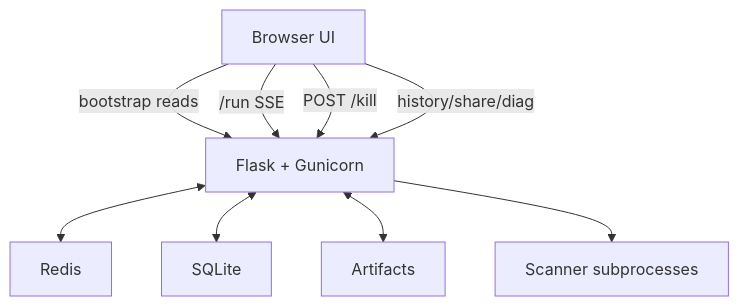
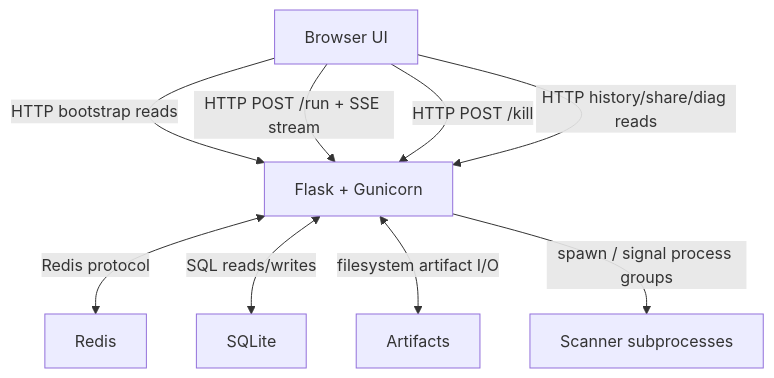
One commit to darklab-sh/darklab-shell changed the second of 6 diagrams in ARCHITECTURE.md. Above: the diagram before and after it, drawn with Mermaid. The commit also changed other lines of this file and 79 other files, not shown here.

````diff
--- a/ARCHITECTURE.md
+++ b/ARCHITECTURE.md
@@ -85,19 +88,19 @@
 ```mermaid
 flowchart TB
   Browser["Browser UI"]
   Flask["Flask + Gunicorn"]
   Redis["Redis"]
   SQLite["SQLite"]
   Artifacts["Artifacts"]
   Scanner["Scanner subprocesses"]
 
-  Browser -->|bootstrap reads| Flask
-  Browser -->|/run SSE| Flask
-  Browser -->|POST /kill| Flask
-  Browser -->|history/share/diag| Flask
+  Browser -->|HTTP bootstrap reads| Flask
+  Browser -->|HTTP POST /run + SSE stream| Flask
+  Browser -->|HTTP POST /kill| Flask
+  Browser -->|HTTP history/share/diag reads| Flask
 
-  Flask <--> Redis
-  Flask <--> SQLite
-  Flask <--> Artifacts
-  Flask --> Scanner
+  Flask <--> |Redis protocol| Redis
+  Flask <--> |SQL reads/writes| SQLite
+  Flask <--> |filesystem artifact I/O| Artifacts
+  Flask -->|spawn / signal process groups| Scanner
 ```
````
